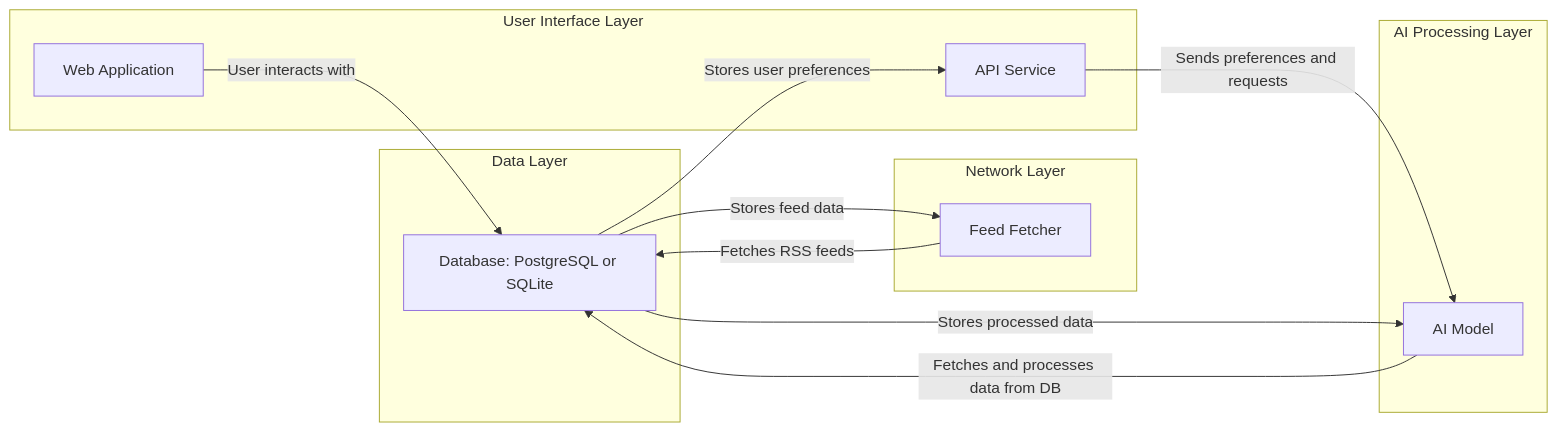
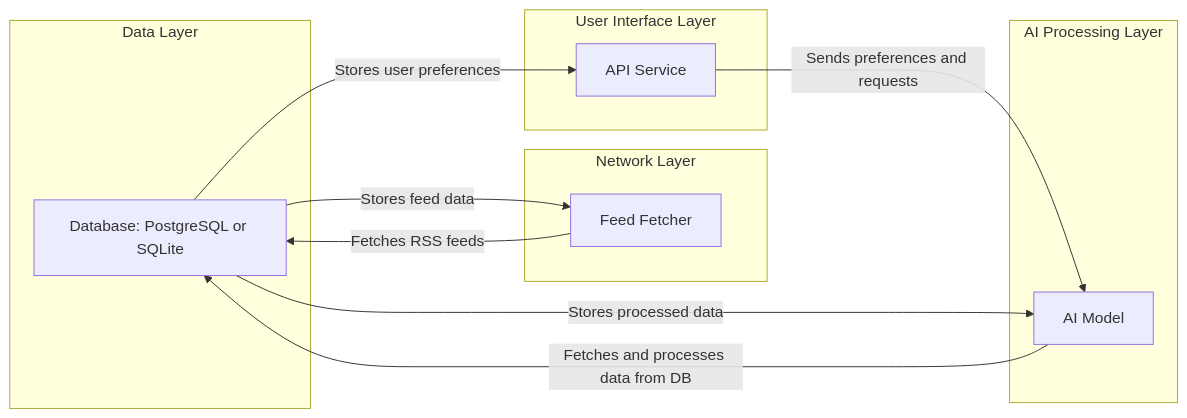
One commit to fviccia/beyond-rss changed the diagram in architecture.md. Above: the diagram before and after it, drawn with Mermaid. The commit also changed 5 other files, not shown here.

````diff
--- a/architecture.md
+++ b/architecture.md
@@ -1,29 +1,27 @@
 ```mermaid
 graph LR
 
 subgraph Data Layer
 DB[Database: PostgreSQL or SQLite]
 end
 
 subgraph Network Layer
 FFC[Feed Fetcher]
 end
 
 subgraph AI Processing Layer
 AIM[AI Model]
 end
 
 subgraph User Interface Layer
 API[API Service]
-UI[Web Application]
 end
 
-UI -->|User interacts with| DB
 API -->|Sends preferences and requests| AIM
 AIM -->|Fetches and processes data from DB| DB
 FFC -->|Fetches RSS feeds| DB
 DB -->|Stores feed data| FFC
 DB -->|Stores user preferences| API
 DB -->|Stores processed data| AIM
 
 ```
````
